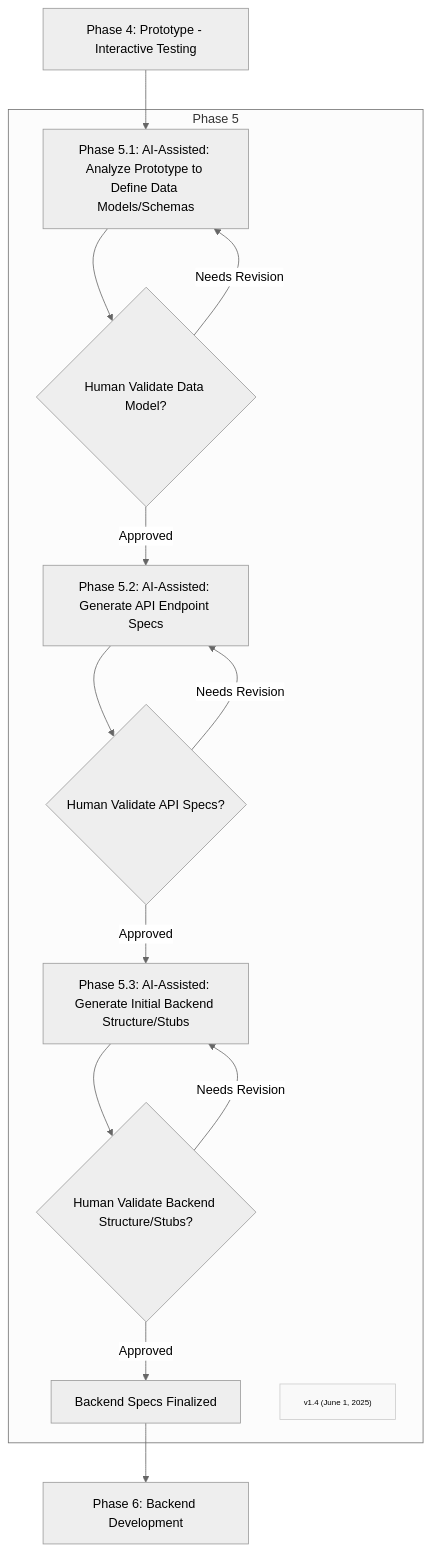
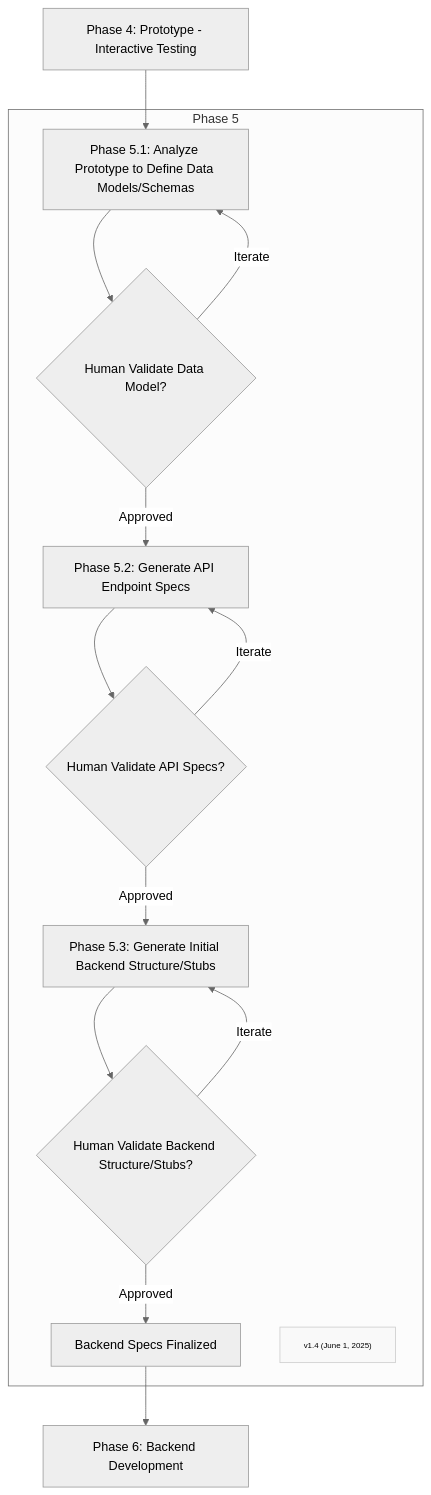
Before and after one commit to Mharbulous/Front-First-Method: the diagram in Phases/FF-phase5.md, drawn with Mermaid (neutral theme).

Commit message:
Refine phase 5 diagram

````diff
--- a/Phases/FF-phase5.md
+++ b/Phases/FF-phase5.md
@@ -1,23 +1,23 @@
 ```mermaid
 graph TD
 
 Phase4["Phase 4: Prototype - Interactive Testing"] --> Phase5_1["Derive Backend Specifications from Validated Functionality Mockup"]
 
     subgraph Phase5["Phase 5"]
-        Phase5_1["Phase 5.1: AI-Assisted: Analyze Prototype to Define Data Models/Schemas"]    
+        Phase5_1["Phase 5.1: Analyze Prototype to Define Data Models/Schemas"]    
         Phase5_1 --> Phase5_1_Val{"Human Validate Data Model?"}
-        Phase5_1_Val -->|Needs Revision| Phase5_1
-        Phase5_1_Val -->|Approved| Phase5_2["Phase 5.2: AI-Assisted: Generate API Endpoint Specs"]
+        Phase5_1_Val -->|Iterate| Phase5_1
+        Phase5_1_Val -->|Approved| Phase5_2["Phase 5.2: Generate API Endpoint Specs"]
         Phase5_2 --> Phase5_2_Val{"Human Validate API Specs?"}
-        Phase5_2_Val -->|Needs Revision| Phase5_2
-        Phase5_2_Val -->|Approved| Phase5_3["Phase 5.3: AI-Assisted: Generate Initial Backend Structure/Stubs"]
+        Phase5_2_Val -->|Iterate| Phase5_2
+        Phase5_2_Val -->|Approved| Phase5_3["Phase 5.3: Generate Initial Backend Structure/Stubs"]
         Phase5_3 --> Phase5_3_Val{"Human Validate Backend Structure/Stubs?"}
-        Phase5_3_Val -->|Needs Revision| Phase5_3
+        Phase5_3_Val -->|Iterate| Phase5_3
         Phase5_3_Val -->|Approved| BackendSpecsFinalized["Backend Specs Finalized"]
         Version["v1.4 (June 1, 2025)"]
         classDef version fill:#f9f9f9,stroke:#ccc,font-size:10px
         class Version version
     end
 
 BackendSpecsFinalized --> Phase6["Phase 6: Backend Development"]
 ```
````
